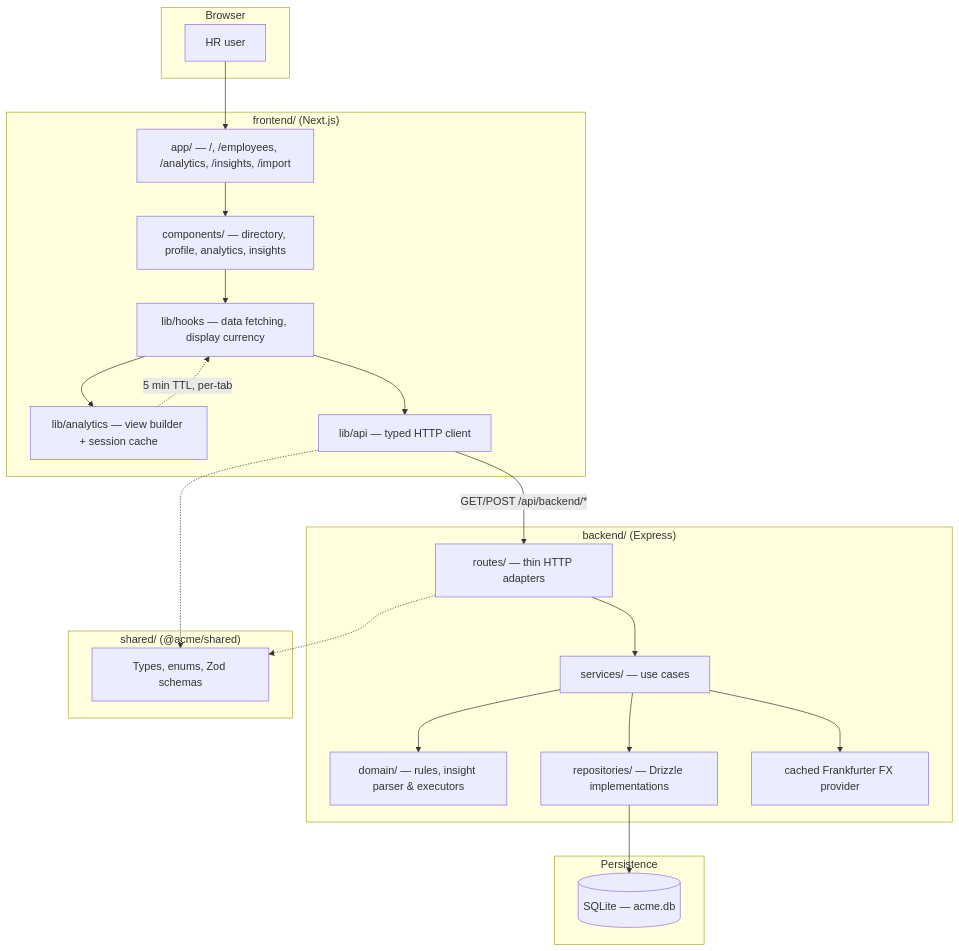
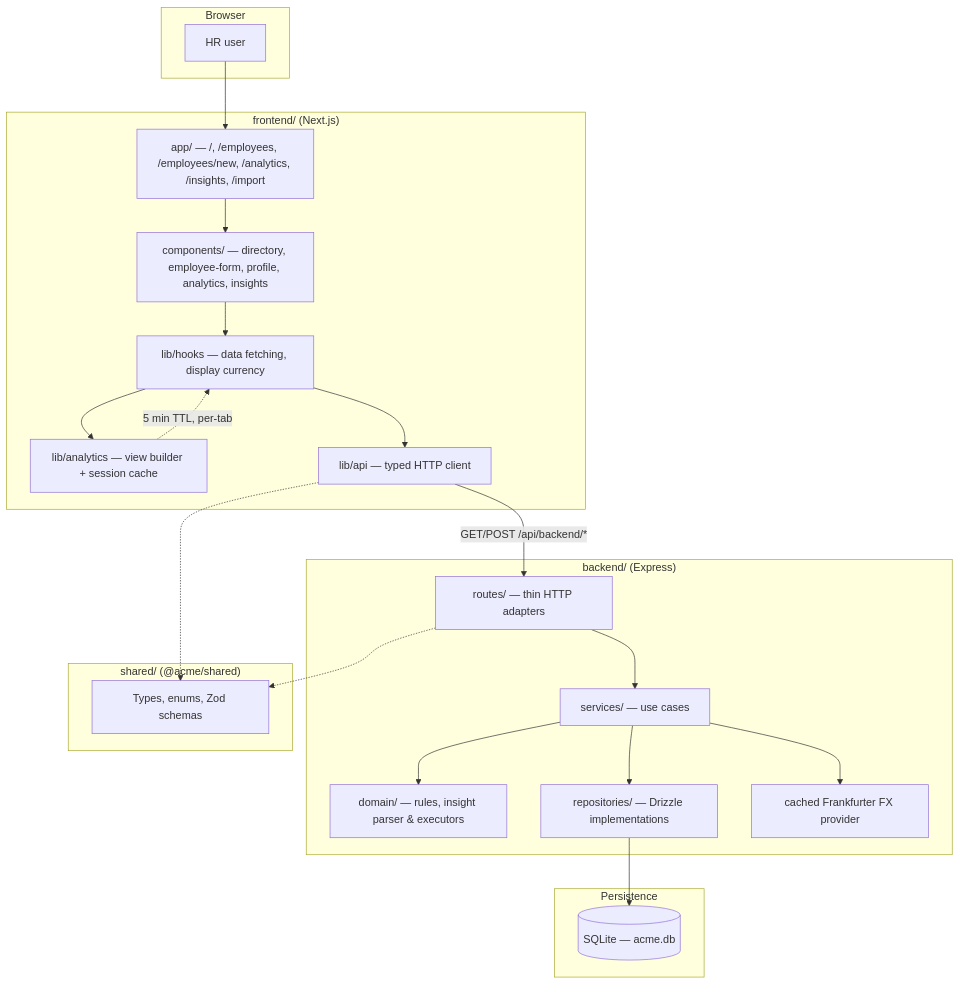
The third of 6 diagrams in docs/architecture.md (BiswajitSen/acme-salary-platform), drawn with Mermaid before and after one commit. The commit also changed other lines of this file and 5 other files, not shown here.

````diff
--- a/docs/architecture.md
+++ b/docs/architecture.md
@@ -75,45 +75,45 @@
 ```mermaid
 flowchart TB
   subgraph Browser["Browser"]
     User[HR user]
   end
 
   subgraph Frontend["frontend/ (Next.js)"]
-    AppRoutes["app/ — /, /employees, /analytics, /insights, /import"]
-    Components["components/ — directory, profile, analytics, insights"]
+    AppRoutes["app/ — /, /employees, /employees/new, /analytics, /insights, /import"]
+    Components["components/ — directory, employee-form, profile, analytics, insights"]
     Hooks["lib/hooks — data fetching, display currency"]
     AnalyticsCache["lib/analytics — view builder + session cache"]
     ApiClient["lib/api — typed HTTP client"]
   end
 
   subgraph Backend["backend/ (Express)"]
     Routes["routes/ — thin HTTP adapters"]
     Services["services/ — use cases"]
     Domain["domain/ — rules, insight parser & executors"]
     Repos["repositories/ — Drizzle implementations"]
     FxCache["cached Frankfurter FX provider"]
   end
 
   subgraph Data["Persistence"]
     SQLite[("SQLite — acme.db")]
   end
 
   subgraph Contracts["shared/ (@acme/shared)"]
     Types["Types, enums, Zod schemas"]
   end
 
   User --> AppRoutes
   AppRoutes --> Components
   Components --> Hooks
   Hooks --> ApiClient
   Hooks --> AnalyticsCache
   AnalyticsCache -.->|"5 min TTL, per-tab"| Hooks
   ApiClient -->|"GET/POST /api/backend/*"| Routes
   Routes --> Services
   Services --> Domain
   Services --> Repos
   Services --> FxCache
   Repos --> SQLite
   Routes -.-> Types
   ApiClient -.-> Types
 ```
````
